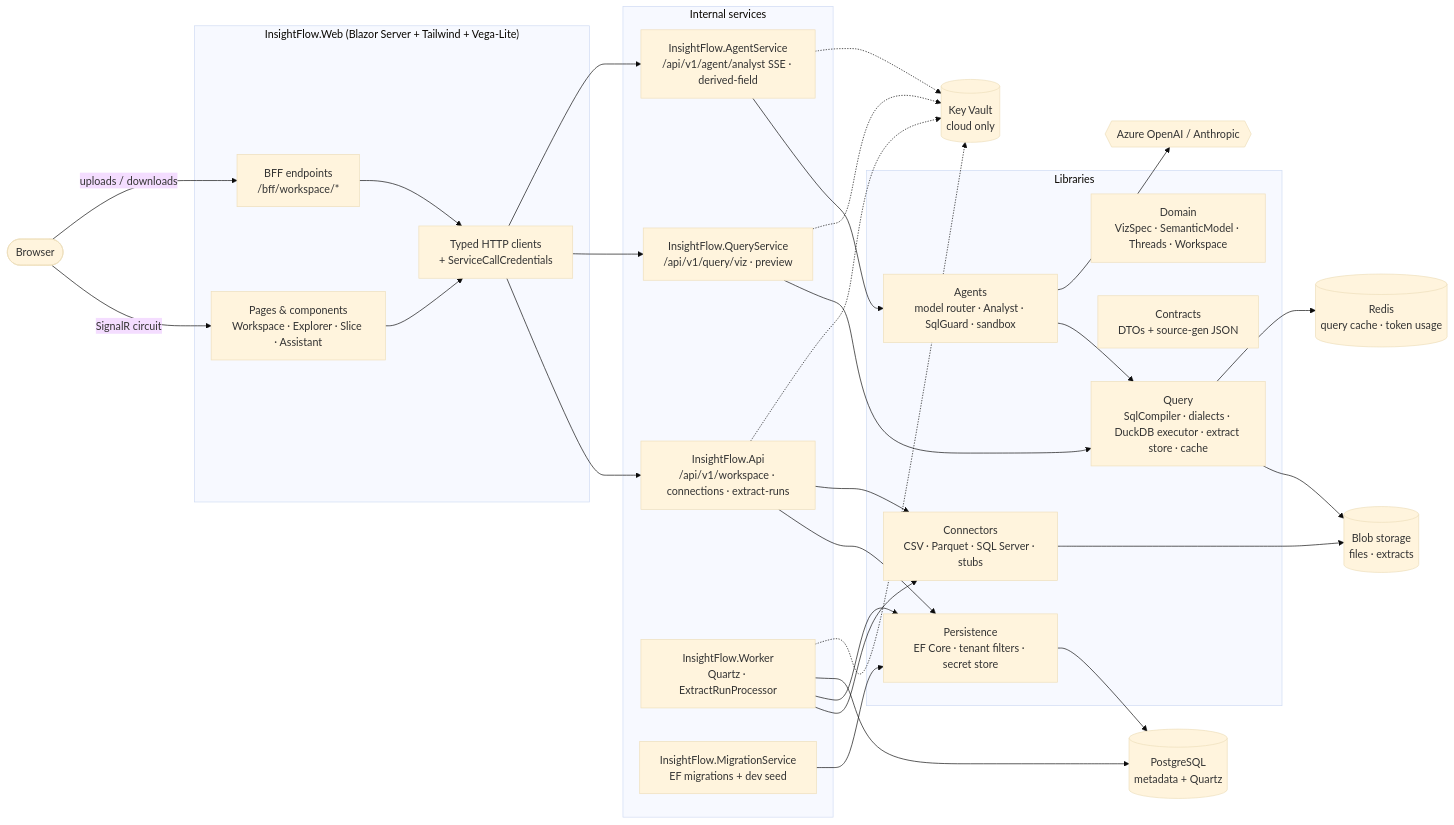
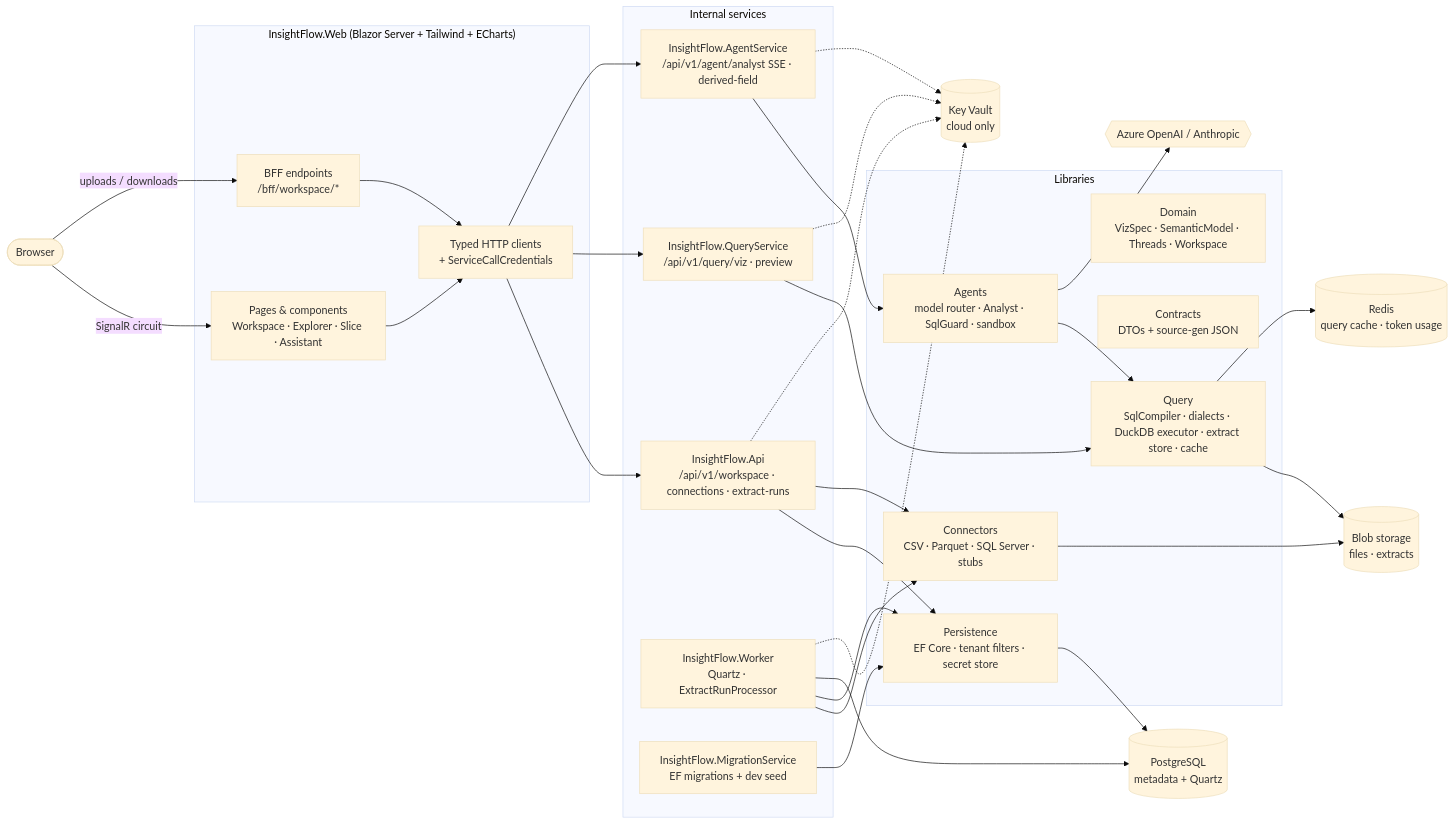
Before and after one commit to AbhishekMcc24/insight-flow: the first of 5 diagrams in docs/architecture.md, drawn with Mermaid (base theme). The commit also changed other lines of this file and 35 other files, not shown here.

First line of the commit message:
feat(web): replace Vega-Lite with Apache ECharts for smooth, interactive charts

````diff
--- a/docs/architecture.md
+++ b/docs/architecture.md
@@ -11,51 +11,51 @@
 ```mermaid
 flowchart LR
     browser([Browser])
 
-    subgraph web["InsightFlow.Web (Blazor Server + Tailwind + Vega-Lite)"]
+    subgraph web["InsightFlow.Web (Blazor Server + Tailwind + ECharts)"]
         ui[Pages & components<br/>Workspace · Explorer · Slice · Assistant]
         bff[BFF endpoints<br/>/bff/workspace/*]
         clients[Typed HTTP clients<br/>+ ServiceCallCredentials]
     end
 
     subgraph services[Internal services]
         api[InsightFlow.Api<br/>/api/v1/workspace · connections · extract-runs]
         qs[InsightFlow.QueryService<br/>/api/v1/query/viz · preview]
         as[InsightFlow.AgentService<br/>/api/v1/agent/analyst SSE · derived-field]
         worker[InsightFlow.Worker<br/>Quartz · ExtractRunProcessor]
         mig[InsightFlow.MigrationService<br/>EF migrations + dev seed]
     end
 
     subgraph libs[Libraries]
         domain[Domain<br/>VizSpec · SemanticModel · Threads · Workspace]
         contracts[Contracts<br/>DTOs + source-gen JSON]
         query[Query<br/>SqlCompiler · dialects · DuckDB executor · extract store · cache]
         agents[Agents<br/>model router · Analyst · SqlGuard · sandbox]
         connectors[Connectors<br/>CSV · Parquet · SQL Server · stubs]
         persistence[Persistence<br/>EF Core · tenant filters · secret store]
     end
 
     pg[(PostgreSQL<br/>metadata + Quartz)]
     redis[(Redis<br/>query cache · token usage)]
     blob[(Blob storage<br/>files · extracts)]
     kv[(Key Vault<br/>cloud only)]
     llm{{Azure OpenAI / Anthropic}}
 
     browser -- SignalR circuit --> ui
     browser -- uploads / downloads --> bff
     ui --> clients
     bff --> clients
     clients --> api & qs & as
     api --> persistence & connectors
     qs --> query
     as --> agents
     agents --> query
     worker --> connectors & persistence
     mig --> persistence
     query --> blob & redis
     connectors --> blob
     persistence --> pg
     worker --> pg
     agents --> llm
     api & worker & qs & as -.-> kv
 ```
````
